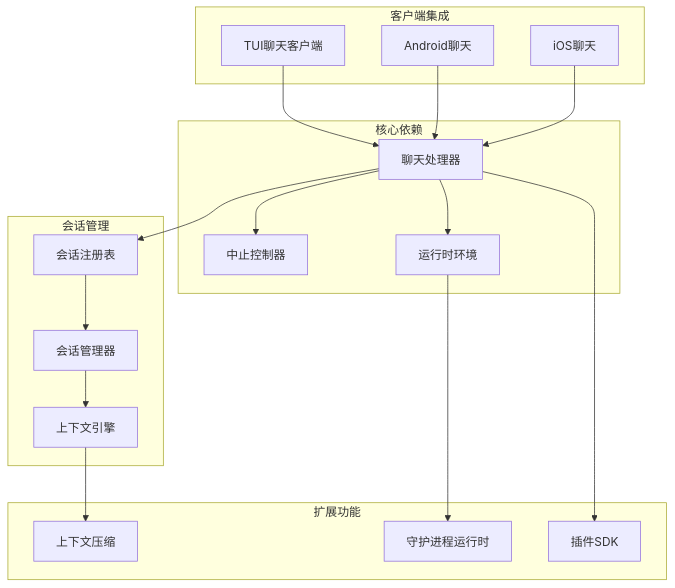
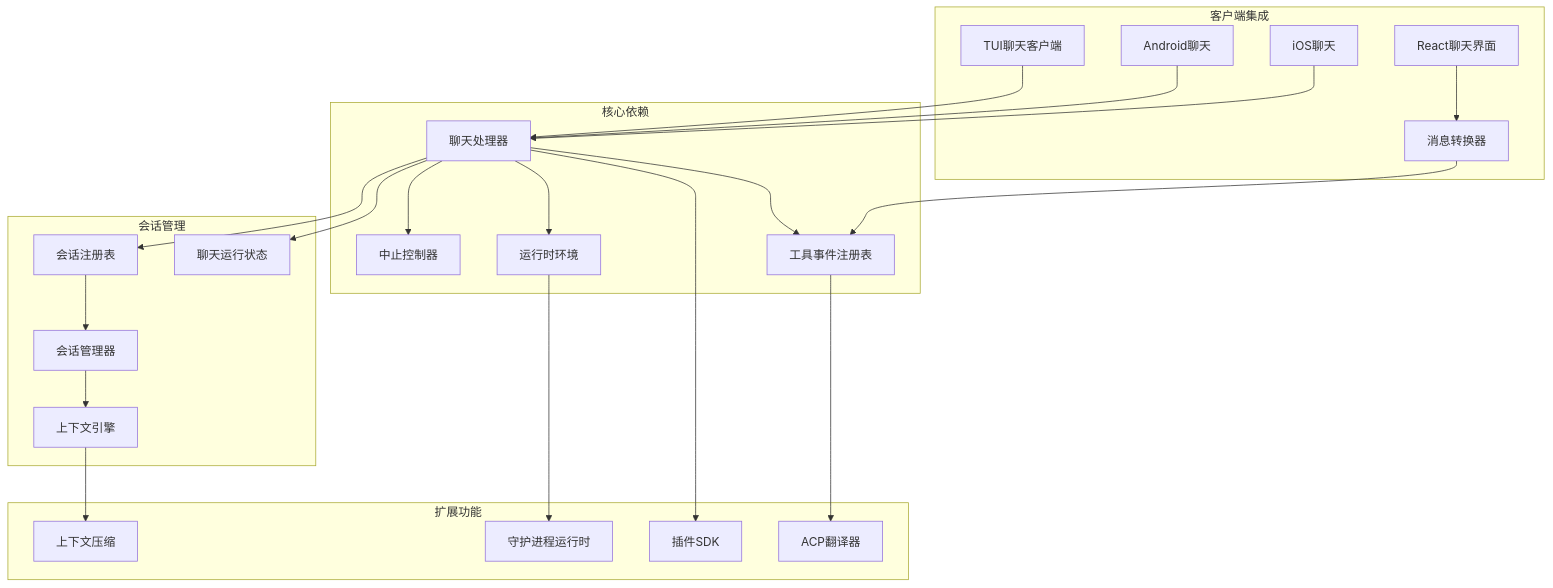
Diagram 14 of 15 in .qoder/repowiki/zh/content/Web界面/WebChat界面/聊天运行时提供者增强.md (verse-ai-org/openclaw), drawn with Mermaid before and after one commit. The commit also changed other lines of this file and 23 other files, not shown here.

````diff
--- a/.qoder/repowiki/zh/content/Web界面/WebChat界面/聊天运行时提供者增强.md
+++ b/.qoder/repowiki/zh/content/Web界面/WebChat界面/聊天运行时提供者增强.md
@@ -409,34 +697,44 @@
 ```mermaid
 graph TB
 subgraph "核心依赖"
 ChatHandlers[聊天处理器]
 ChatAbort[中止控制器]
 RuntimeEnv[运行时环境]
+ToolEventRegistry[工具事件注册表]
 end
 subgraph "会话管理"
 SessionRegistry[会话注册表]
 SessionManager[会话管理器]
 ContextEngine[上下文引擎]
+ChatRunState[聊天运行状态]
 end
 subgraph "客户端集成"
 TUIChat[TUI聊天客户端]
 AndroidChat[Android聊天]
 iOSChat[iOS聊天]
+ReactChat[React聊天界面]
+MessageConverter[消息转换器]
 end
 subgraph "扩展功能"
 ContextPruning[上下文压缩]
 DaemonRuntime[守护进程运行时]
 PluginSDK[插件SDK]
+ACPTranslator[ACP翻译器]
 end
 ChatHandlers --> ChatAbort
 ChatHandlers --> RuntimeEnv
 ChatHandlers --> SessionRegistry
+ChatHandlers --> ToolEventRegistry
+ChatHandlers --> ChatRunState
 SessionRegistry --> SessionManager
 SessionManager --> ContextEngine
+ContextEngine --> ContextPruning
 TUIChat --> ChatHandlers
 AndroidChat --> ChatHandlers
 iOSChat --> ChatHandlers
-ContextEngine --> ContextPruning
+ReactChat --> MessageConverter
+MessageConverter --> ToolEventRegistry
 RuntimeEnv --> DaemonRuntime
 ChatHandlers --> PluginSDK
+ToolEventRegistry --> ACPTranslator
 ```
````
